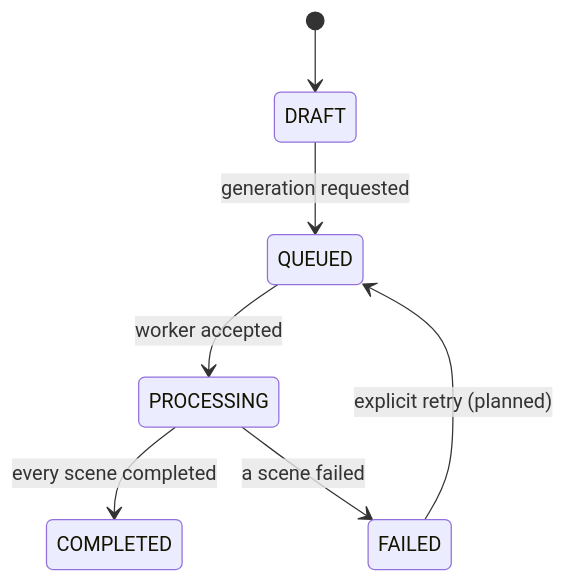
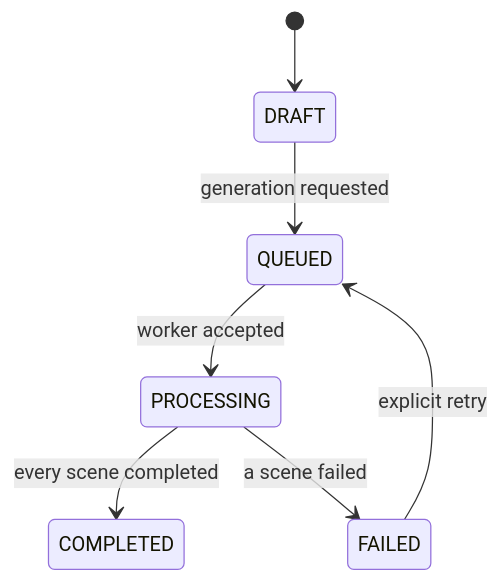
Before and after one commit to up-honey/AiAutoMvMaker: the second of 2 diagrams in docs/architecture.md, drawn with Mermaid. The commit also changed other lines of this file and 63 other files, not shown here.

````diff
--- a/docs/architecture.md
+++ b/docs/architecture.md
@@ -23,9 +28,9 @@
 ```mermaid
 stateDiagram-v2
     [*] --> DRAFT
     DRAFT --> QUEUED: generation requested
     QUEUED --> PROCESSING: worker accepted
     PROCESSING --> COMPLETED: every scene completed
     PROCESSING --> FAILED: a scene failed
-    FAILED --> QUEUED: explicit retry (planned)
+    FAILED --> QUEUED: explicit retry
 ```
````
